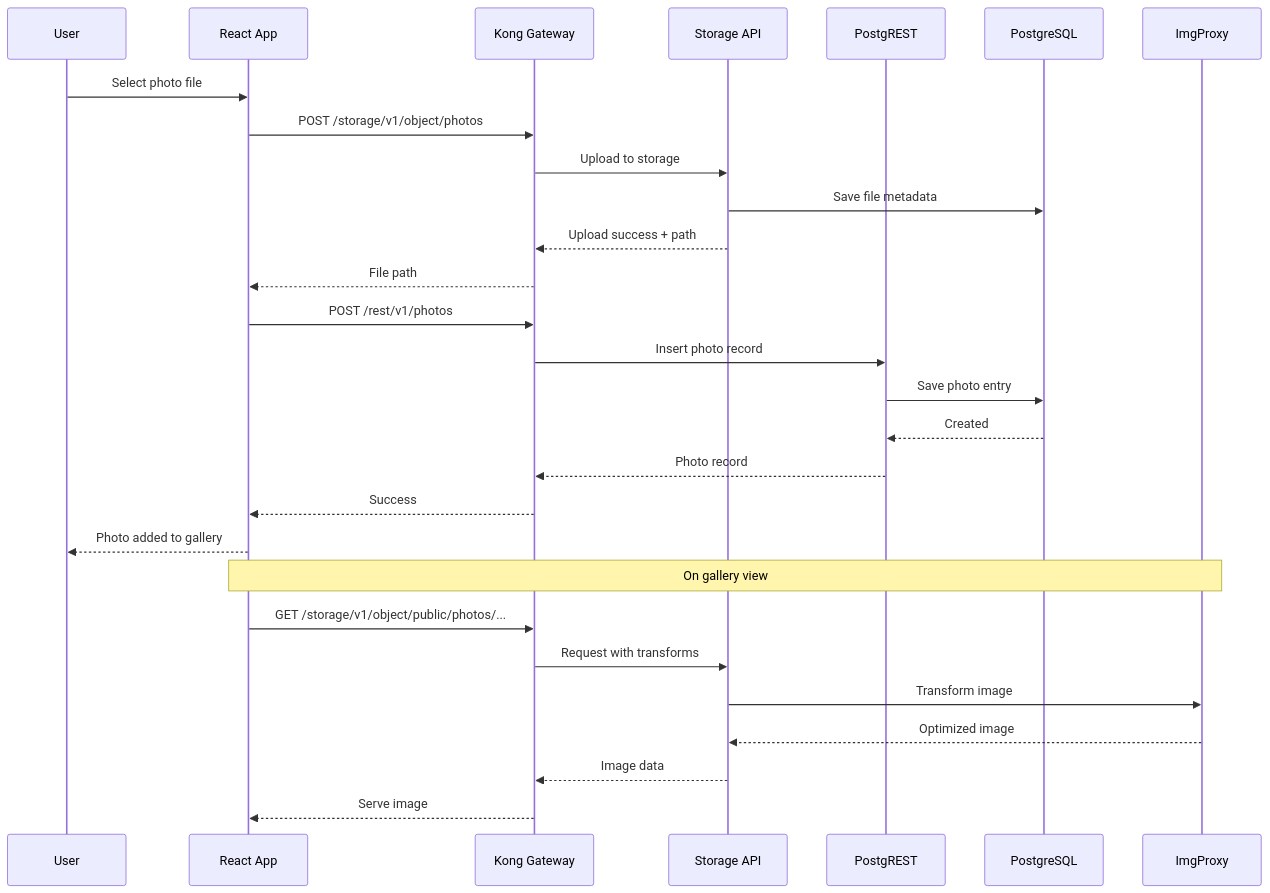
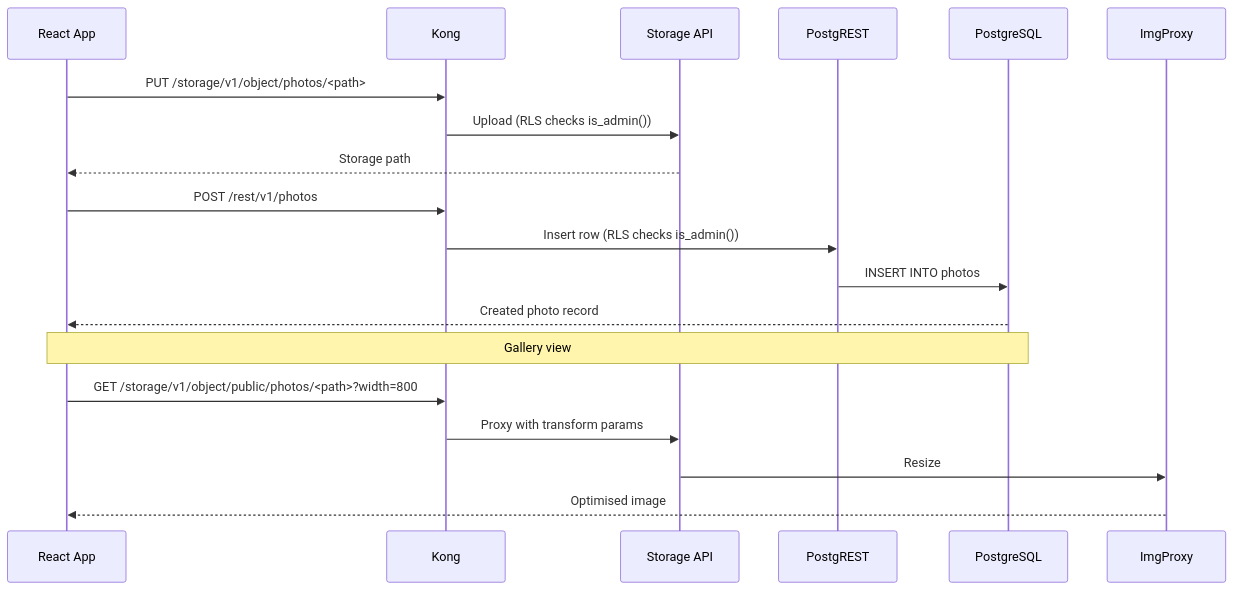
The third of 4 diagrams in docs/ARCHITECTURE.md (K-Schmitt/HenrardVisuals), drawn with Mermaid before and after one commit. The commit also changed other lines of this file and 16 other files, not shown here.

````diff
--- a/docs/ARCHITECTURE.md
+++ b/docs/ARCHITECTURE.md
@@ -92,32 +94,23 @@
 ```mermaid
 sequenceDiagram
-    participant U as User
     participant A as React App
-    participant K as Kong Gateway
+    participant K as Kong
     participant S as Storage API
     participant R as PostgREST
     participant D as PostgreSQL
-    participant I as ImgProxy
 
-    U->>A: Select photo file
-    A->>K: POST /storage/v1/object/photos
-    K->>S: Upload to storage
-    S->>D: Save file metadata
-    S-->>K: Upload success + path
-    K-->>A: File path
+    A->>K: PUT /storage/v1/object/photos/<path>
+    K->>S: Upload (RLS checks is_admin())
+    S-->>A: Storage path
+
     A->>K: POST /rest/v1/photos
-    K->>R: Insert photo record
-    R->>D: Save photo entry
-    D-->>R: Created
-    R-->>K: Photo record
-    K-->>A: Success
-    A-->>U: Photo added to gallery
-    
-    Note over A,I: On gallery view
-    A->>K: GET /storage/v1/object/public/photos/...
-    K->>S: Request with transforms
-    S->>I: Transform image
-    I-->>S: Optimized image
-    S-->>K: Image data
-    K-->>A: Serve image
+    K->>R: Insert row (RLS checks is_admin())
+    R->>D: INSERT INTO photos
+    D-->>A: Created photo record
+
+    Note over A,D: Gallery view
+    A->>K: GET /storage/v1/object/public/photos/<path>?width=800
+    K->>S: Proxy with transform params
+    S->>ImgProxy: Resize
+    ImgProxy-->>A: Optimised image
 ```
````
